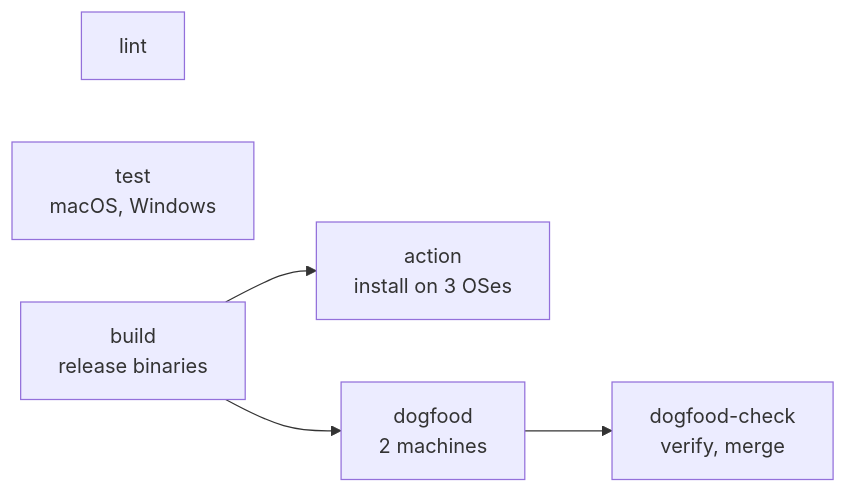
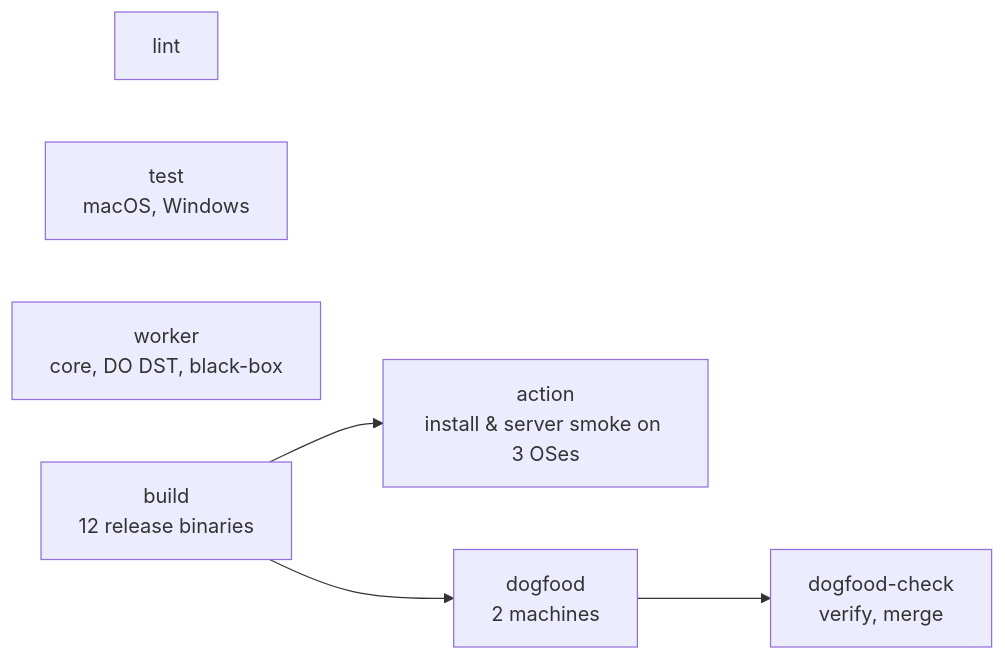
One commit to actions-marketplace-validations/nuggocto_bunpo changed the second of 4 diagrams in docs/book.md. Above: the diagram before and after it, drawn with Mermaid. The commit also changed other lines of this file and 10 other files, not shown here.

````diff
--- a/docs/book.md
+++ b/docs/book.md
@@ -134,7 +144,8 @@
 ```mermaid
 flowchart LR
     lint
     test["test<br/>macOS, Windows"]
-    build["build<br/>release binaries"] --> action["action<br/>install on 3 OSes"]
+    worker["worker<br/>core, DO DST, black-box"]
+    build["build<br/>12 release binaries"] --> action["action<br/>install & server smoke on 3 OSes"]
     build --> dogfood["dogfood<br/>2 machines"] --> check["dogfood-check<br/>verify, merge"]
 ```
````
